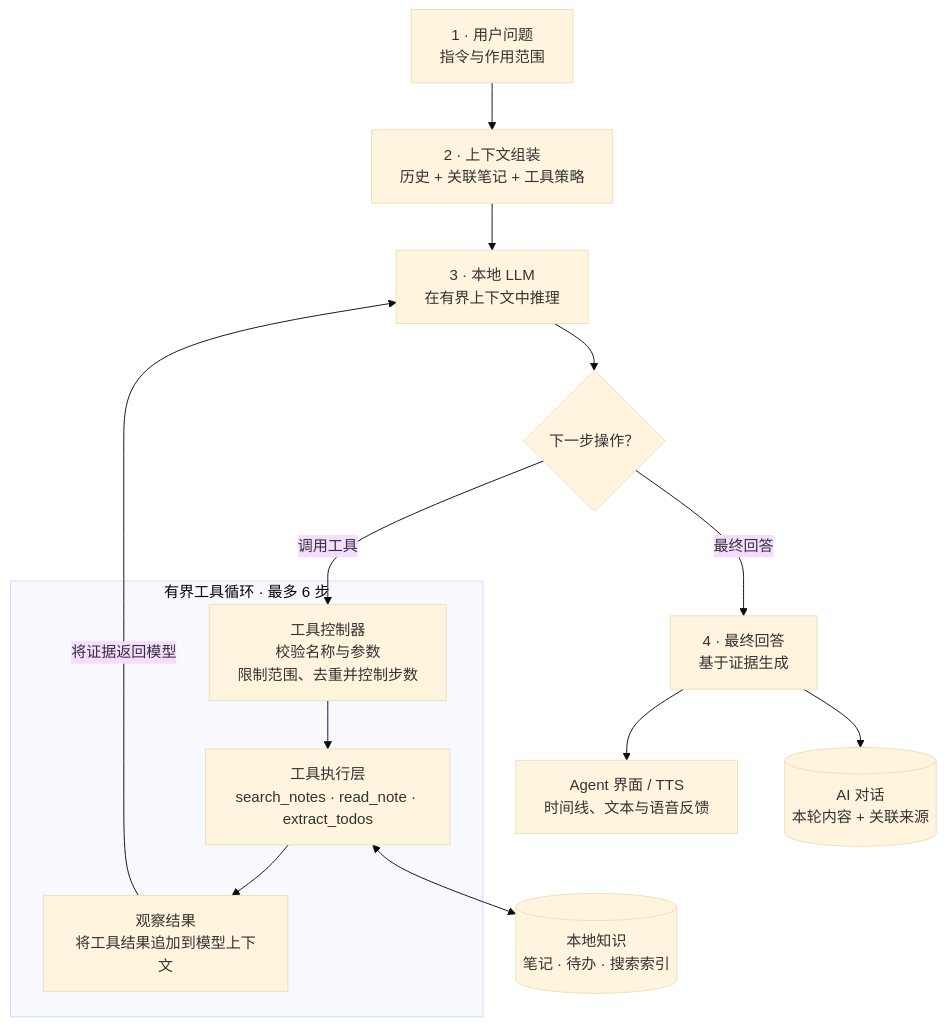
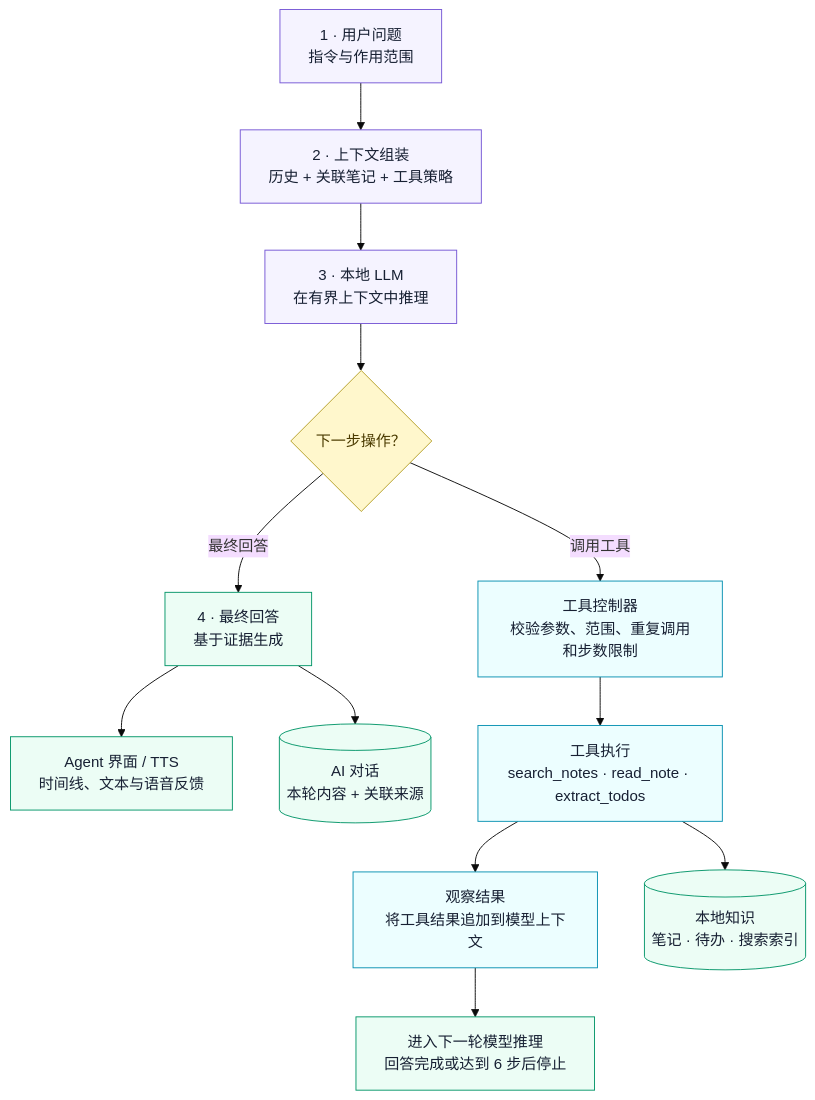
The second of 2 diagrams in README.zh-CN.md (dhebhxh/speakspace-local-electron), drawn with Mermaid (base theme) before and after one commit. The commit also changed other lines of this file and 8 other files, not shown here.

Commit message:
docs(readme): remove diagram overlaps

````diff
--- a/README.zh-CN.md
+++ b/README.zh-CN.md
@@ -220,21 +220,26 @@
 ```mermaid
 flowchart TB
   Query["1 · 用户问题<br/>指令与作用范围"] --> Context["2 · 上下文组装<br/>历史 + 关联笔记 + 工具策略"]
   Context --> LLM["3 · 本地 LLM<br/>在有界上下文中推理"]
   LLM --> Decision{"下一步操作？"}
 
   Decision -->|最终回答| Response["4 · 最终回答<br/>基于证据生成"]
   Response --> Delivery["Agent 界面 / TTS<br/>时间线、文本与语音反馈"]
   Response --> History[("AI 对话<br/>本轮内容 + 关联来源")]
 
-  subgraph Loop["有界工具循环 · 最多 6 步"]
-    Controller["工具控制器<br/>校验名称与参数<br/>限制范围、去重并控制步数"]
-    Tools["工具执行层<br/>search_notes · read_note · extract_todos"]
-    Observation["观察结果<br/>将工具结果追加到模型上下文"]
-    Controller --> Tools --> Observation
-  end
+  Decision -->|调用工具| Controller
+  Controller["工具控制器<br/>校验参数、范围、重复调用和步数限制"]
+  Controller --> Tools["工具执行<br/>search_notes · read_note · extract_todos"]
+  Tools --> Observation["观察结果<br/>将工具结果追加到模型上下文"]
+  Observation --> Repeat["进入下一轮模型推理<br/>回答完成或达到 6 步后停止"]
+  Tools --> Knowledge[("本地知识<br/>笔记 · 待办 · 搜索索引")]
 
-  Decision -->|调用工具| Controller
-  Tools <--> Knowledge[("本地知识<br/>笔记 · 待办 · 搜索索引")]
-  Observation -->|将证据返回模型| LLM
+  classDef input fill:#f5f3ff,stroke:#7657d5,color:#172033
+  classDef decision fill:#fff7cc,stroke:#b59f27,color:#4b3b00
+  classDef tool fill:#ecfeff,stroke:#0891b2,color:#172033
+  classDef result fill:#ecfdf5,stroke:#059669,color:#172033
+  class Query,Context,LLM input
+  class Decision decision
+  class Controller,Tools,Observation tool
+  class Response,Delivery,History,Repeat,Knowledge result
 ```
````
